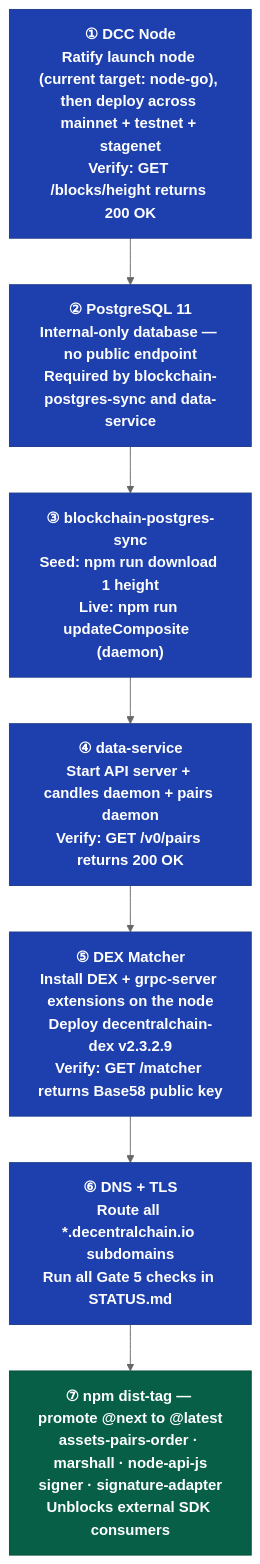
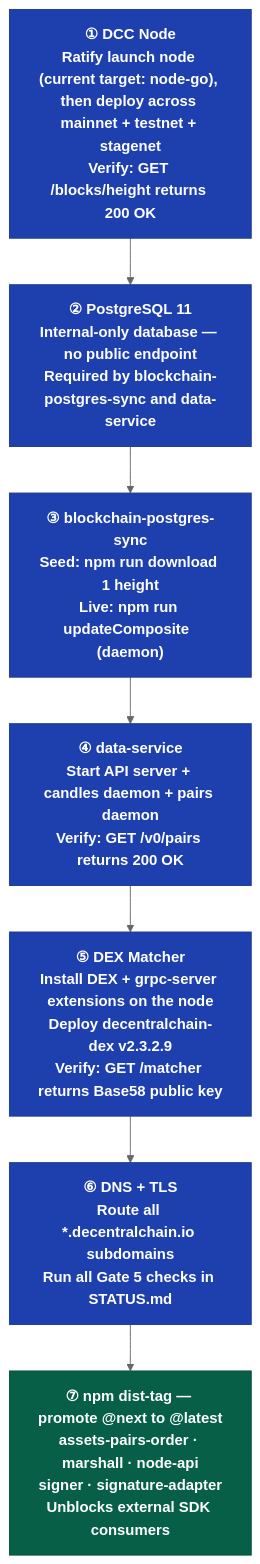
Before and after one commit to Decentral-America/DecentralChain: the ninth of 9 diagrams in docs/ECOSYSTEM.md, drawn with Mermaid (neutral theme). The commit also changed other lines of this file and 25 other files, not shown here.

````diff
--- a/docs/ECOSYSTEM.md
+++ b/docs/ECOSYSTEM.md
@@ -605,23 +605,23 @@
 ```mermaid
 flowchart TD
     classDef step fill:#1E40AF,stroke:#1E3A8A,color:#fff,font-weight:bold
     classDef final fill:#065F46,stroke:#064E3B,color:#fff,font-weight:bold
 
     S1["① DCC Node<br/>Ratify launch node (current target: node-go), then deploy across mainnet + testnet + stagenet<br/>Verify: GET /blocks/height returns 200 OK"]
     S2["② PostgreSQL 11<br/>Internal-only database — no public endpoint<br/>Required by blockchain-postgres-sync and data-service"]
     S3["③ blockchain-postgres-sync<br/>Seed: npm run download 1 height<br/>Live: npm run updateComposite  (daemon)"]
     S4["④ data-service<br/>Start API server + candles daemon + pairs daemon<br/>Verify: GET /v0/pairs returns 200 OK"]
     S5["⑤ DEX Matcher<br/>Install DEX + grpc-server extensions on the node<br/>Deploy decentralchain-dex v2.3.2.9<br/>Verify: GET /matcher returns Base58 public key"]
     S6["⑥ DNS + TLS<br/>Route all *.decentralchain.io subdomains<br/>Run all Gate 5 checks in STATUS.md"]
-    S7["⑦ npm dist-tag — promote @next to @latest<br/>assets-pairs-order · marshall · node-api-js<br/>signer · signature-adapter<br/>Unblocks external SDK consumers"]
+    S7["⑦ npm dist-tag — promote @next to @latest<br/>assets-pairs-order · marshall · node-api<br/>signer · signature-adapter<br/>Unblocks external SDK consumers"]
 
     S1 --> S2
     S2 --> S3
     S3 --> S4
     S4 --> S5
     S5 --> S6
     S6 --> S7
 
     class S1,S2,S3,S4,S5,S6 step
     class S7 final
 ```
````
